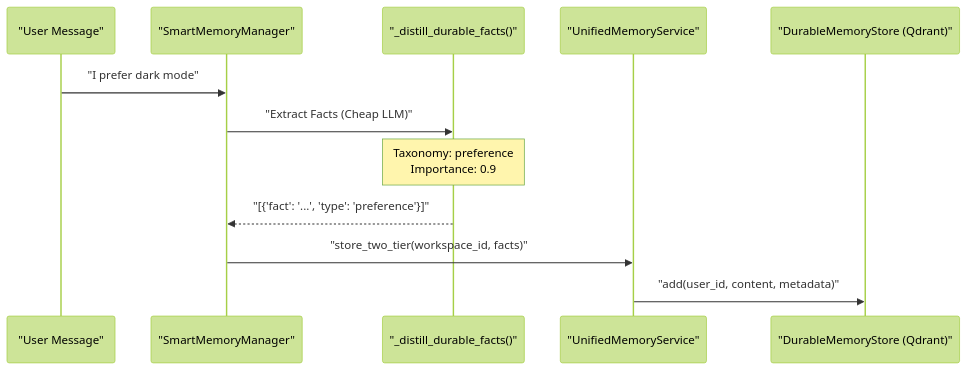
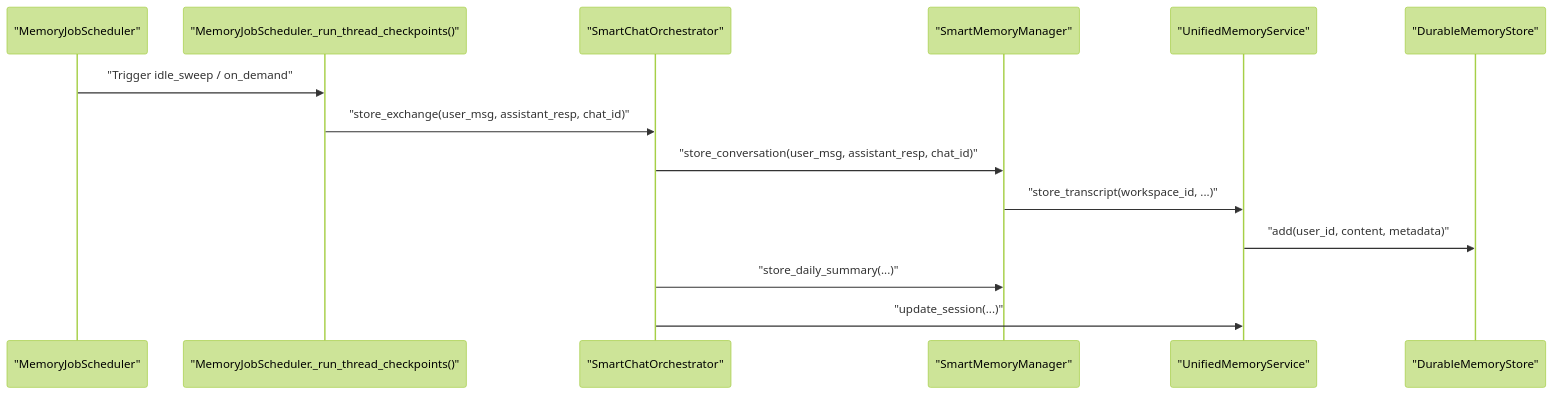
The second of 2 diagrams in docs/memory-system/memory-lifecycle-consolidation.md (AutomatosAI/automatos-ai), drawn with Mermaid (forest theme) before and after one commit. The commit also changed other lines of this file and 188 other files, not shown here.

First line of the commit message:
docs: refresh architecture docs and add coverage for new subsystems (#1416)

````diff
--- a/docs/memory-system/memory-lifecycle-consolidation.md
+++ b/docs/memory-system/memory-lifecycle-consolidation.md
@@ -148,15 +158,17 @@
 ```mermaid
 sequenceDiagram
-    participant User as "User Message"
-    participant SMM as "SmartMemoryManager"
-    participant Distill as "_distill_durable_facts()"
+    participant Scheduler as "MemoryJobScheduler"
+    participant TC as "MemoryJobScheduler._run_thread_checkpoints()"
+    participant Orchestrator as "SmartChatOrchestrator"
+    participant SmartMemory as "SmartMemoryManager"
     participant UMS as "UnifiedMemoryService"
-    participant L3 as "DurableMemoryStore (Qdrant)"
+    participant L3 as "DurableMemoryStore"
 
-    User->>SMM: "I prefer dark mode"
-    SMM->>Distill: "Extract Facts (Cheap LLM)"
-    Note over Distill: Taxonomy: preference<br/>Importance: 0.9
-    Distill-->>SMM: "[{'fact': '...', 'type': 'preference'}]"
-    SMM->>UMS: "store_two_tier(workspace_id, facts)"
+    Scheduler->>TC: "Trigger idle_sweep / on_demand"
+    TC->>Orchestrator: "store_exchange(user_msg, assistant_resp, chat_id)"
+    Orchestrator->>SmartMemory: "store_conversation(user_msg, assistant_resp, chat_id)"
+    SmartMemory->>UMS: "store_transcript(workspace_id, ...)"
     UMS->>L3: "add(user_id, content, metadata)"
+    Orchestrator->>SmartMemory: "store_daily_summary(...)"
+    Orchestrator->>UMS: "update_session(...)"
 ```
````
